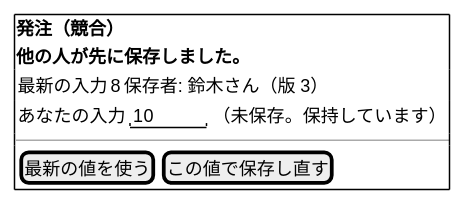
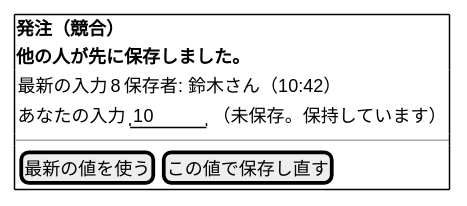
Before and after one commit to k2works/case-study-beer-game-simulation: the fifth of 15 diagrams in docs/design/beer-game-kotlin/ui-design.md, drawn with PlantUML. The commit also changed other lines of this file and 10 other files, not shown here.

````diff
--- a/docs/design/beer-game-kotlin/ui-design.md
+++ b/docs/design/beer-game-kotlin/ui-design.md
@@ -238,12 +253,12 @@
 ```plantuml
 @startsalt
 {+
   <b>発注（競合）
   <b>他の人が先に保存しました。</b>
-  { 最新の入力 | 8 | 保存者: 鈴木さん（版 3） }
+  { 最新の入力 | 8 | 保存者: 鈴木さん（10:42） }
   { あなたの入力 | "10    " | （未保存。保持しています） }
   ---
   { [ 最新の値を使う ] | [ この値で保存し直す ] }
 }
 @endsalt
 ```
````
